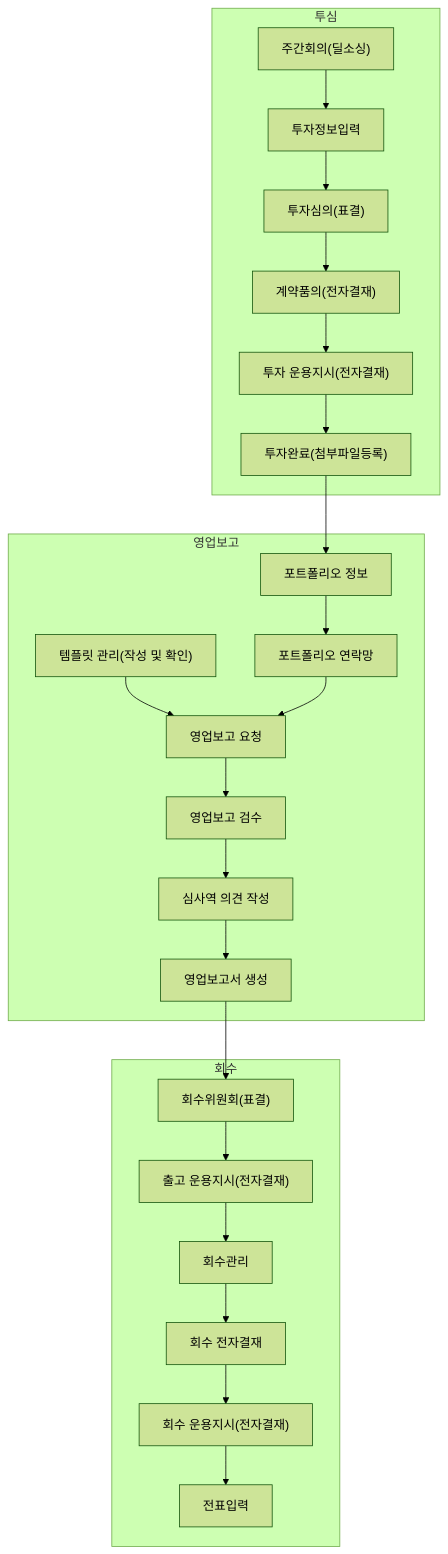
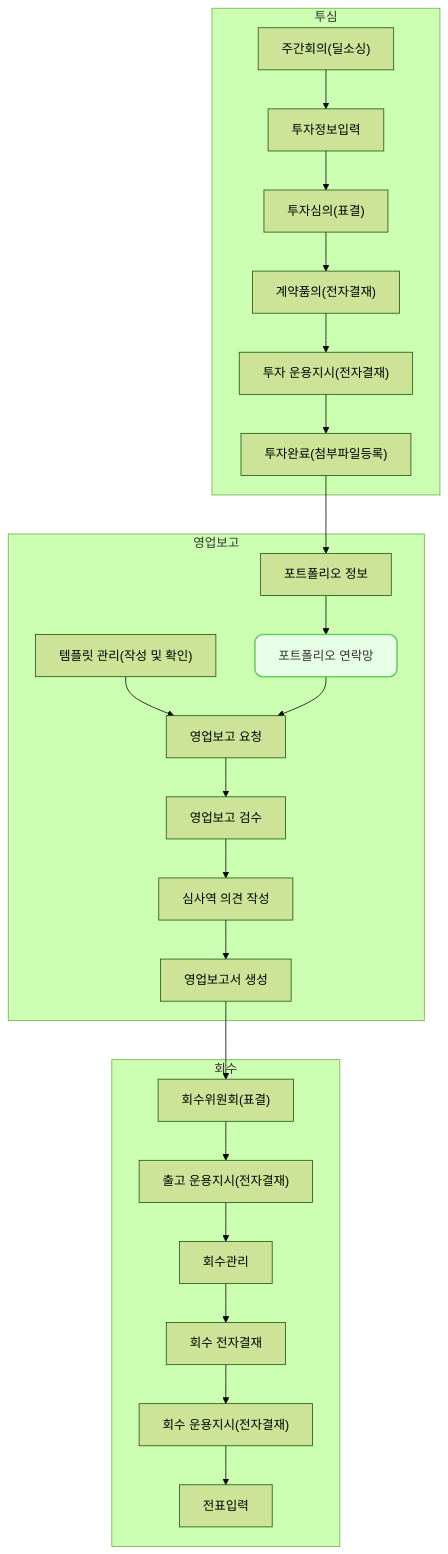
One commit to cotes2020/jekyll-theme-chirpy changed the diagram in _posts/2024-08-22-br0012.md. Above: the diagram before and after it, drawn with Mermaid (forest theme). The commit also changed 5 other files, not shown here.

````diff
--- a/_posts/2024-08-22-br0012.md
+++ b/_posts/2024-08-22-br0012.md
@@ -127,7 +127,7 @@
 click br0009 "{% post_url 2024-08-26-br0009 %}" " "
 click br0011 "{% post_url 2024-08-27-br0011 %}" " "
 
-%%style br0012 fill:#e6ffe6,stroke:#66cc66,stroke-width:2px,rx:10,ry:10,color:#333333,fontColor:#333333
+style br0012 fill:#e6ffe6,stroke:#66cc66,stroke-width:2px,rx:10,ry:10,color:#333333,fontColor:#333333
 
 
 ```
````
